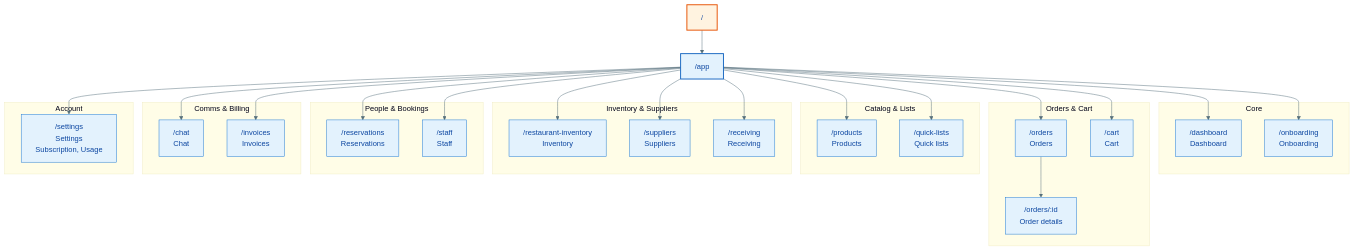
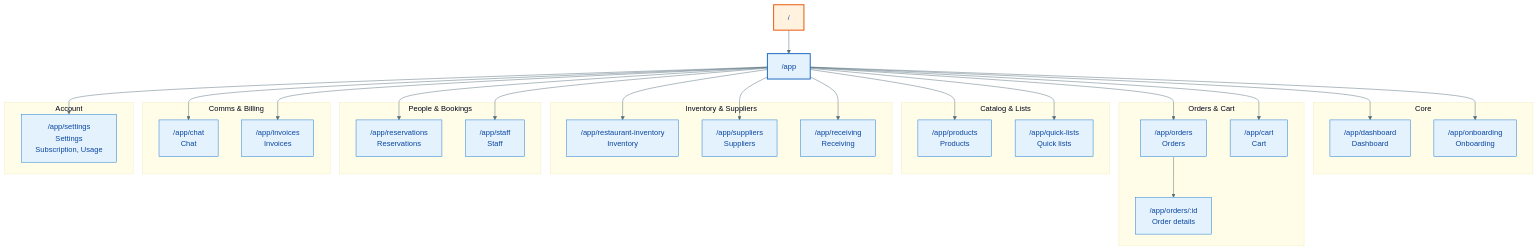
Before and after one commit to ghadimdallaldev/supplify_erp: the diagram in docs/blueprint/ui_sitemap/restaurant_ui_sitemap.mmd, drawn with Mermaid. The commit also changed 9 other files, not shown here.

```diff
--- a/docs/blueprint/ui_sitemap/restaurant_ui_sitemap.mmd
+++ b/docs/blueprint/ui_sitemap/restaurant_ui_sitemap.mmd
@@ -1,62 +1,62 @@
 %%{init: {'theme':'base', 'themeVariables': { 'primaryColor':'#e3f2fd', 'primaryTextColor':'#0d47a1', 'primaryBorderColor':'#1976d2', 'lineColor':'#546e7a', 'secondaryColor':'#f5f5f5', 'tertiaryColor':'#fffde7' }}}%%
 flowchart TB
   Root["/"]
   App["/app"]
 
   subgraph core[" Core "]
-    Dashboard["/dashboard\nDashboard"]
-    Onboarding["/onboarding\nOnboarding"]
+    Dashboard["/app/dashboard\nDashboard"]
+    Onboarding["/app/onboarding\nOnboarding"]
   end
 
   subgraph commerce[" Orders & Cart "]
-    Orders["/orders\nOrders"]
-    OrderDetail["/orders/:id\nOrder details"]
-    Cart["/cart\nCart"]
+    Orders["/app/orders\nOrders"]
+    OrderDetail["/app/orders/:id\nOrder details"]
+    Cart["/app/cart\nCart"]
   end
 
   subgraph catalog[" Catalog & Lists "]
-    Products["/products\nProducts"]
-    QuickLists["/quick-lists\nQuick lists"]
+    Products["/app/products\nProducts"]
+    QuickLists["/app/quick-lists\nQuick lists"]
   end
 
   subgraph operations[" Inventory & Suppliers "]
-    RestaurantInventory["/restaurant-inventory\nInventory"]
-    Suppliers["/suppliers\nSuppliers"]
-    Receiving["/receiving\nReceiving"]
+    RestaurantInventory["/app/restaurant-inventory\nInventory"]
+    Suppliers["/app/suppliers\nSuppliers"]
+    Receiving["/app/receiving\nReceiving"]
   end
 
   subgraph people[" People & Bookings "]
-    Reservations["/reservations\nReservations"]
-    Staff["/staff\nStaff"]
+    Reservations["/app/reservations\nReservations"]
+    Staff["/app/staff\nStaff"]
   end
 
   subgraph comms[" Comms & Billing "]
-    Chat["/chat\nChat"]
-    Invoices["/invoices\nInvoices"]
+    Chat["/app/chat\nChat"]
+    Invoices["/app/invoices\nInvoices"]
   end
 
   subgraph account[" Account "]
-    Settings["/settings\nSettings\nSubscription, Usage"]
+    Settings["/app/settings\nSettings\nSubscription, Usage"]
   end
 
   Root --> App
   App --> Dashboard
   App --> Onboarding
   App --> Orders
   App --> Cart
   App --> Products
   App --> QuickLists
   App --> RestaurantInventory
   App --> Suppliers
   App --> Receiving
   App --> Reservations
   App --> Staff
   App --> Chat
   App --> Invoices
   App --> Settings
   Orders --> OrderDetail
 
   classDef root fill:#fff3e0,stroke:#e65100,stroke-width:2px
   classDef app fill:#e3f2fd,stroke:#1565c0,stroke-width:2px
   class Root root
   class App app
```
